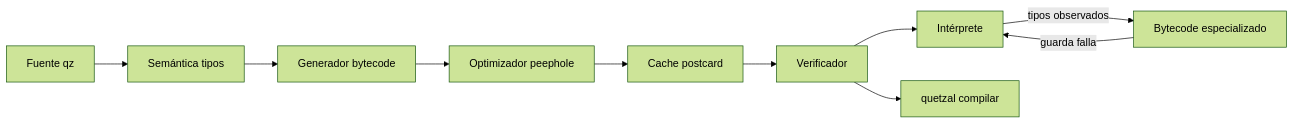
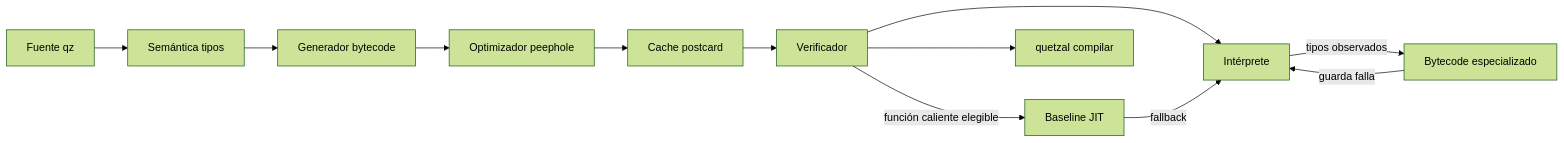
One commit to AntaresGT/lenguaje-quetzal changed the eighth of 8 diagrams in definicion-lenguaje/arquitectura.md. Above: the diagram before and after it, drawn with Mermaid (forest theme). The commit also changed other lines of this file and 7 other files, not shown here.

````diff
--- a/definicion-lenguaje/arquitectura.md
+++ b/definicion-lenguaje/arquitectura.md
@@ -364,12 +364,14 @@
 ```mermaid
 flowchart LR
     fuente[Fuente qz] --> semantica[Semántica tipos]
     semantica --> generador[Generador bytecode]
     generador --> optimizador[Optimizador peephole]
     optimizador --> cacheBin[Cache postcard]
     cacheBin --> verificador[Verificador]
     verificador --> interprete[Intérprete]
     interprete -->|"tipos observados"| especializado[Bytecode especializado]
     especializado -->|"guarda falla"| interprete
+    verificador -->|"función caliente elegible"| jit[Baseline JIT]
+    jit -->|"fallback"| interprete
     verificador --> ejecutable["quetzal compilar"]
 ```
````
